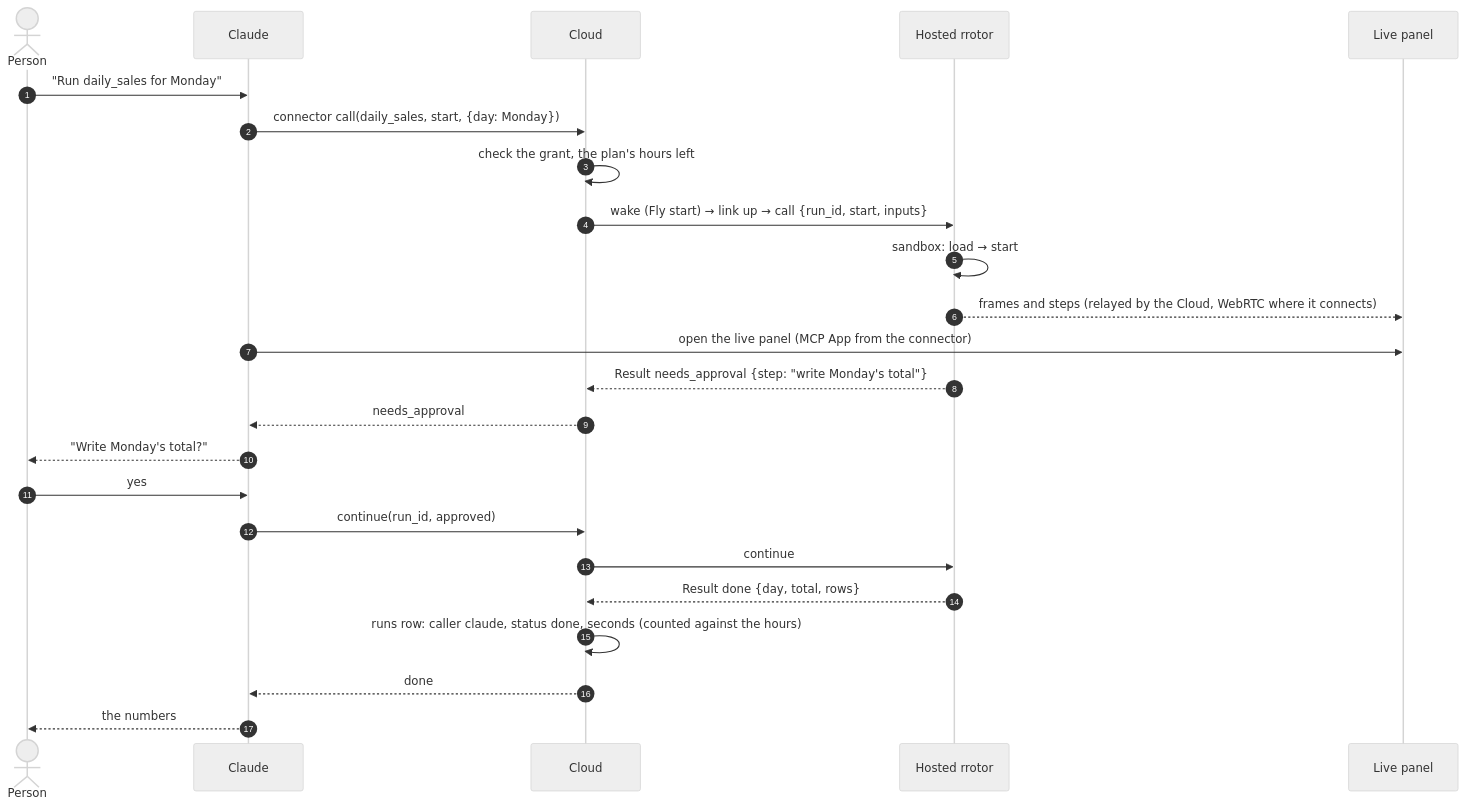
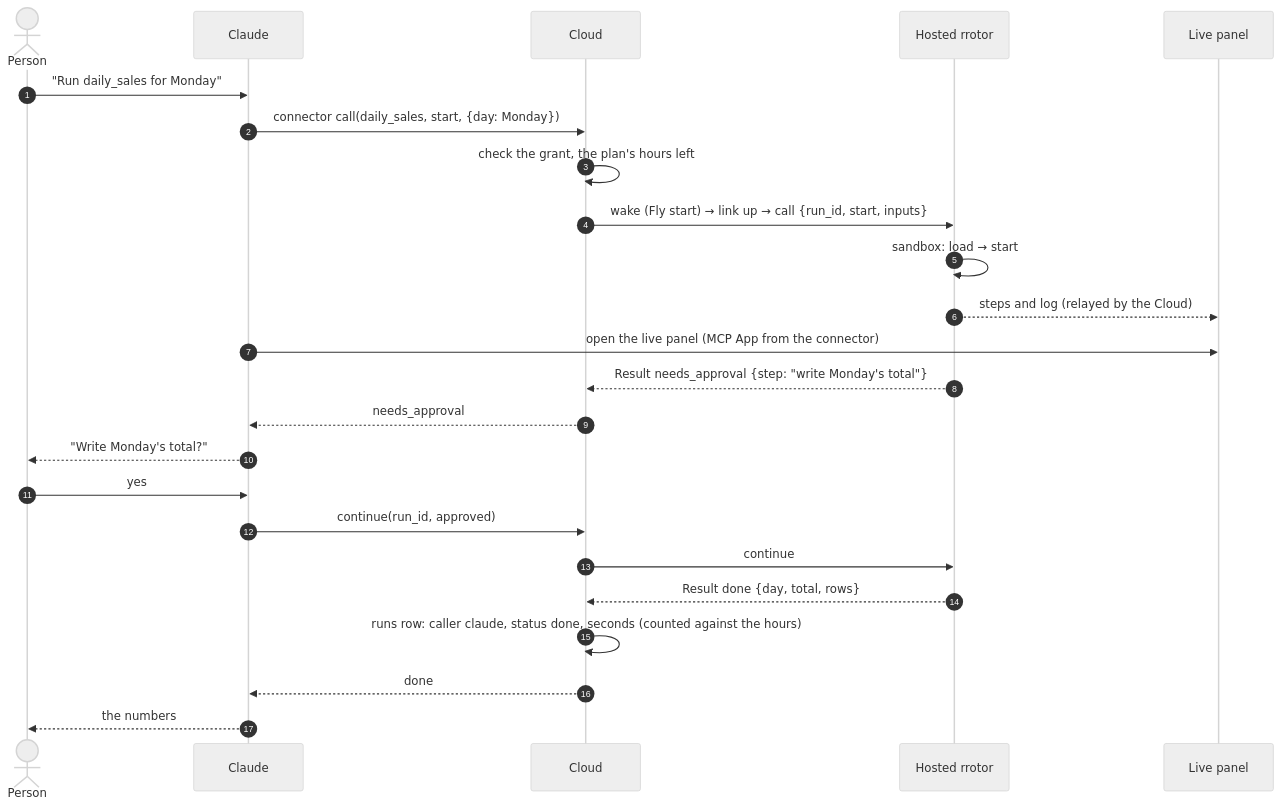
The eighth of 13 diagrams in docs/architecture.md (glyphh-ai/rrotor), drawn with Mermaid (neutral theme) before and after one commit. The commit also changed other lines of this file and 37 other files, not shown here.

````diff
--- a/docs/architecture.md
+++ b/docs/architecture.md
@@ -309,26 +293,26 @@
 ```mermaid
 sequenceDiagram
     autonumber
     actor P as Person
     participant C as Claude
     participant G as Cloud
     participant H as Hosted rrotor
     participant L as Live panel
     P->>C: "Run daily_sales for Monday"
     C->>G: connector call(daily_sales, start, {day: Monday})
     G->>G: check the grant, the plan's hours left
     G->>H: wake (Fly start) → link up → call {run_id, start, inputs}
     H->>H: sandbox: load → start
-    H-->>L: frames and steps (relayed by the Cloud, WebRTC where it connects)
+    H-->>L: steps and log (relayed by the Cloud)
     C->>L: open the live panel (MCP App from the connector)
     H-->>G: Result needs_approval {step: "write Monday's total"}
     G-->>C: needs_approval
     C-->>P: "Write Monday's total?"
     P->>C: yes
     C->>G: continue(run_id, approved)
     G->>H: continue
     H-->>G: Result done {day, total, rows}
     G->>G: runs row: caller claude, status done, seconds (counted against the hours)
     G-->>C: done
     C-->>P: the numbers
 ```
````
